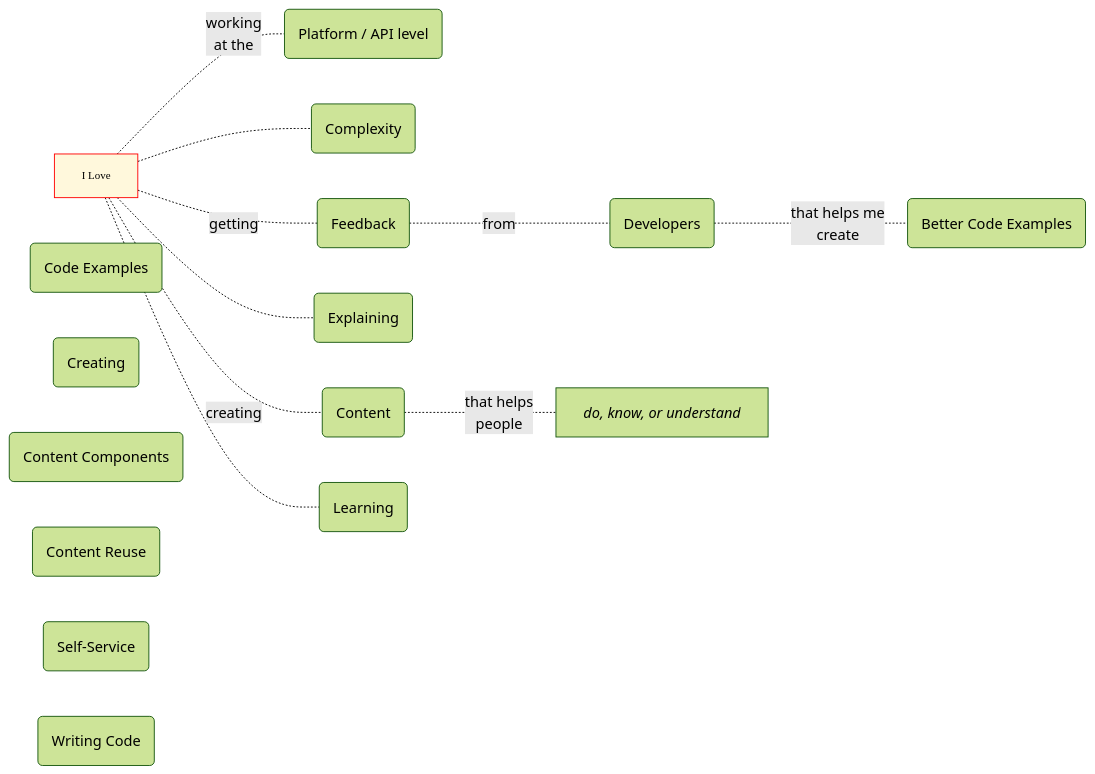
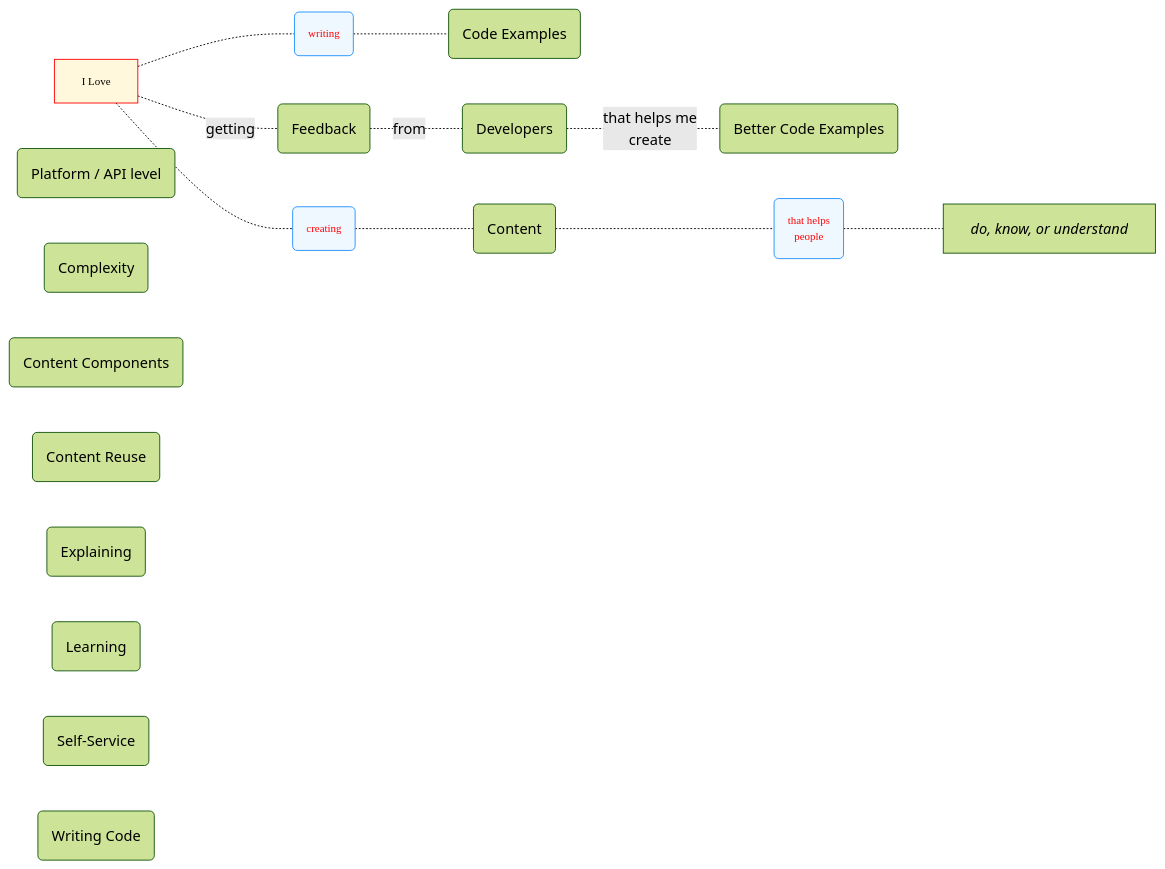
One commit to joe-dorward/samples changed the diagram in overview.md. Above: the diagram before and after it, drawn with Mermaid. The commit also changed other lines of this file, not shown here.

````diff
--- a/overview.md
+++ b/overview.md
@@ -1,51 +1,62 @@
 ```mermaid
 %%{init: { "theme":"forest"} }%%
 flowchart LR
   classDef Compact font-family:verdana, font-size:7.5pt, text-align:left;
   classDef Variables fill:white, stroke:white, font-family:courier new, font-size:10pt;
   classDef Object fill:white, stroke:white, font-family:verdana, font-size:9pt;
 
   classDef Start fill:cornsilk, stroke:red, font-family:verdana, font-size:9pt;
 
+  classDef Verb fill:aliceblue, color:red, stroke:dodgerblue, font-family:verdana, font-size:9pt;
+
+
 I_LOVE["I Love"]:::Start
 
 PLATFORM_API("Platform / API level")
 
 CODE_EXAMPLES("Code Examples")
 BETTER_CODE_EXAMPLES("Better Code Examples")
 
 COMPLEXITY("Complexity")
-CREATING("Creating")
+
 CONTENT("Content")
 CONTENT_COMPONENTS("Content Components")
 CONTENT_REUSE("Content Reuse")
 
 DEVELOPERS("Developers")
 EXPLAINING("Explaining")
 
 FEEDBACK("Feedback")
 
 LEARNING("Learning")
 SELF_SERVICE("Self-Service")
 
 DO_KNOW_UNDERSTAND["`*do, know, or understand*`"]
 style DO_KNOW_UNDERSTAND text-align:left
 
 WRITING_CODE("Writing Code")
 
-%% CONNECTIONS
 
-I_LOVE-."working
-at the".-PLATFORM_API
 
-I_LOVE-.-COMPLEXITY
-I_LOVE-.-LEARNING
-I_LOVE-.-EXPLAINING
+%% DOING ==========
 
-I_LOVE-.creating.-CONTENT-."that helps
-people".-DO_KNOW_UNDERSTAND
+CREATING("creating")
+WRITING("writing")
+
+THAT_HELPS_PEOPLE("that helps
+  people")
+
+class CREATING,WRITING,THAT_HELPS_PEOPLE Verb;
+
+%% CONNECTING ==========
+
+I_LOVE-.-CREATING-.-CONTENT-.-THAT_HELPS_PEOPLE-.-DO_KNOW_UNDERSTAND
+
+I_LOVE-.-WRITING-.-CODE_EXAMPLES
+
+
 
 I_LOVE-.getting.-FEEDBACK-.from.-DEVELOPERS-.that helps me
   create.-BETTER_CODE_EXAMPLES
 
 ```
````
